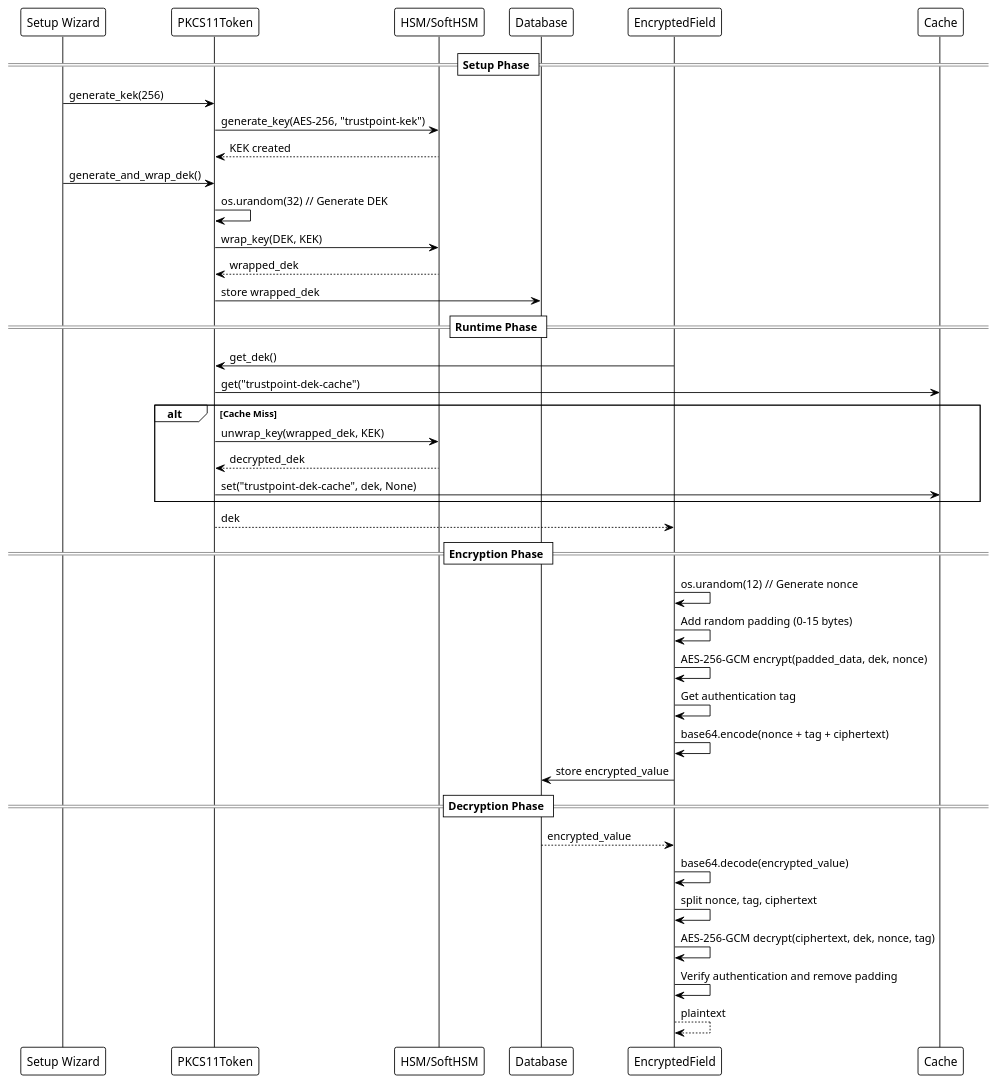
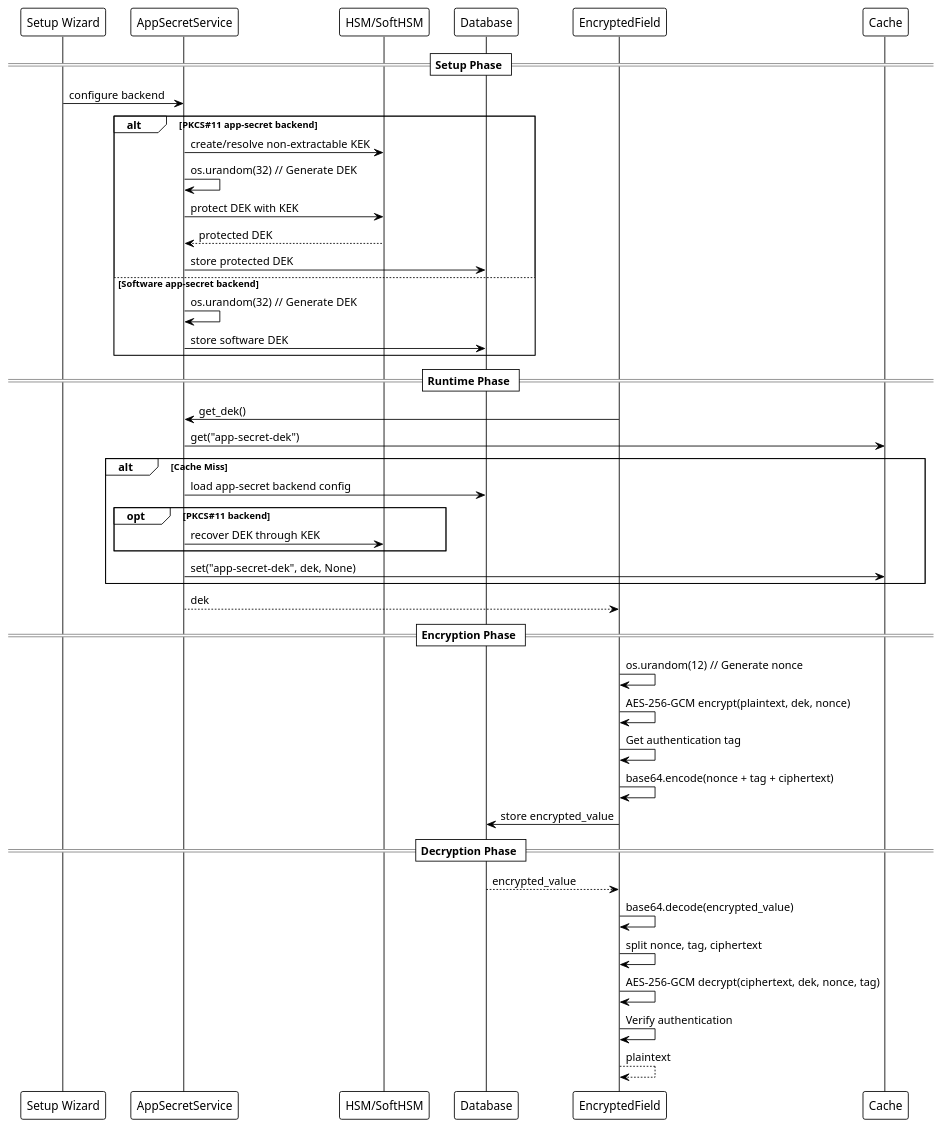
Before and after one commit to Trustpoint-Project/trustpoint: the first of 2 diagrams in docs/source/security/db_encryption.rst, drawn with PlantUML. The commit also changed other lines of this file and 18 other files, not shown here.

```diff
--- a/docs/source/security/db_encryption.rst
+++ b/docs/source/security/db_encryption.rst
@@ -130,50 +135,54 @@
 .. uml::
 
    @startuml
    !theme plain
    
    participant "Setup Wizard" as Setup
-   participant "PKCS11Token" as Token
+   participant "AppSecretService" as Secret
    participant "HSM/SoftHSM" as HSM
    participant "Database" as DB
    participant "EncryptedField" as Field
    participant "Cache" as Cache
    
    == Setup Phase ==
-   Setup -> Token: generate_kek(256)
-   Token -> HSM: generate_key(AES-256, "trustpoint-kek")
-   HSM --> Token: KEK created
+   Setup -> Secret: configure backend
    
-   Setup -> Token: generate_and_wrap_dek()
-   Token -> Token: os.urandom(32) // Generate DEK
-   Token -> HSM: wrap_key(DEK, KEK)
-   HSM --> Token: wrapped_dek
-   Token -> DB: store wrapped_dek
+   alt PKCS#11 app-secret backend
+       Secret -> HSM: create/resolve non-extractable KEK
+       Secret -> Secret: os.urandom(32) // Generate DEK
+       Secret -> HSM: protect DEK with KEK
+       HSM --> Secret: protected DEK
+       Secret -> DB: store protected DEK
+   else Software app-secret backend
+       Secret -> Secret: os.urandom(32) // Generate DEK
+       Secret -> DB: store software DEK
+   end
    
    == Runtime Phase ==
-   Field -> Token: get_dek()
-   Token -> Cache: get("trustpoint-dek-cache")
+   Field -> Secret: get_dek()
+   Secret -> Cache: get("app-secret-dek")
    alt Cache Miss
-       Token -> HSM: unwrap_key(wrapped_dek, KEK)
-       HSM --> Token: decrypted_dek
-       Token -> Cache: set("trustpoint-dek-cache", dek, None)
+       Secret -> DB: load app-secret backend config
+       opt PKCS#11 backend
+           Secret -> HSM: recover DEK through KEK
+       end
+       Secret -> Cache: set("app-secret-dek", dek, None)
    end
-   Token --> Field: dek
+   Secret --> Field: dek
    
    == Encryption Phase ==
    Field -> Field: os.urandom(12) // Generate nonce
-   Field -> Field: Add random padding (0-15 bytes)
-   Field -> Field: AES-256-GCM encrypt(padded_data, dek, nonce)
+   Field -> Field: AES-256-GCM encrypt(plaintext, dek, nonce)
    Field -> Field: Get authentication tag
    Field -> Field: base64.encode(nonce + tag + ciphertext)
    Field -> DB: store encrypted_value
    
    == Decryption Phase ==
    DB --> Field: encrypted_value
    Field -> Field: base64.decode(encrypted_value)
    Field -> Field: split nonce, tag, ciphertext
    Field -> Field: AES-256-GCM decrypt(ciphertext, dek, nonce, tag)
-   Field -> Field: Verify authentication and remove padding
+   Field -> Field: Verify authentication
    Field --> Field: plaintext
    
    @enduml
```
